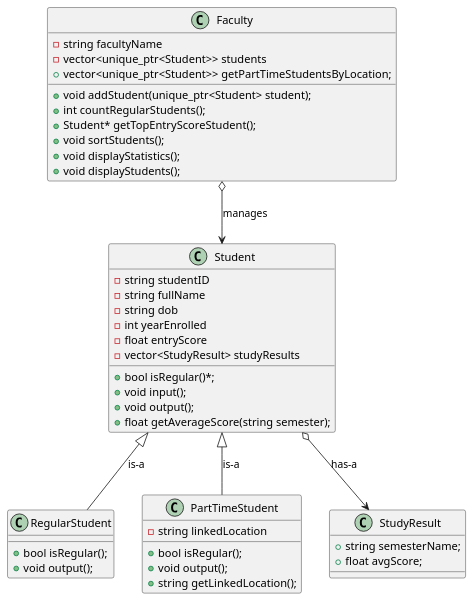
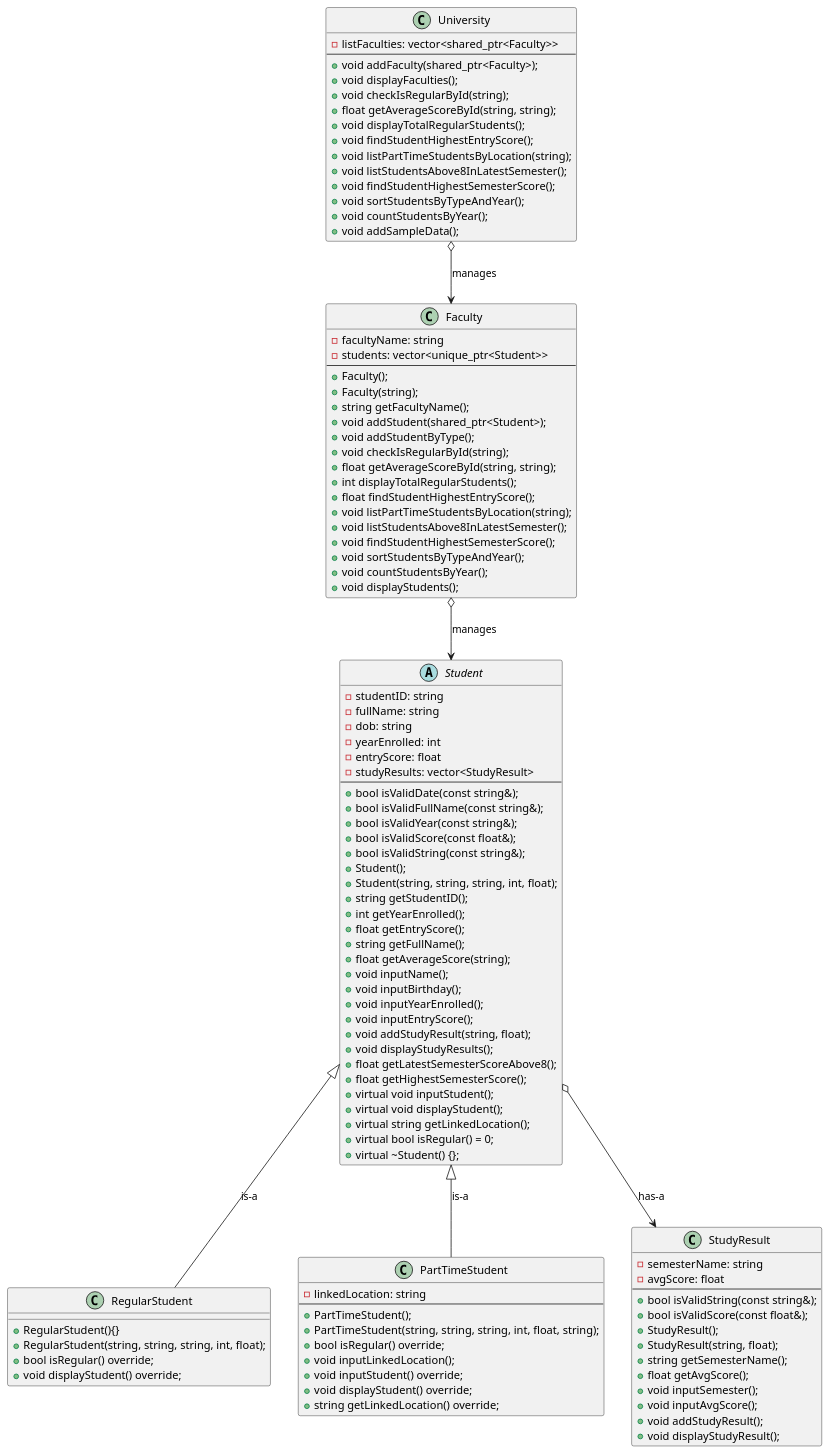
The diagram in .Assigment/OOP/ex15/diagram/diagram.wsd (baobluebird/Basic-C-Cplusplus), drawn with PlantUML before and after one commit.

```diff
--- a/.Assigment/OOP/ex15/diagram/diagram.wsd
+++ b/.Assigment/OOP/ex15/diagram/diagram.wsd
@@ -1,49 +1,116 @@
 @startuml
 
-class Student {
-    - string studentID
-    - string fullName
-    - string dob
-    - int yearEnrolled
-    - float entryScore
-    - vector<StudyResult> studyResults
-    + bool isRegular()*;
-    + void input();
-    + void output();
-    + float getAverageScore(string semester);
+abstract class Student {
+    - studentID: string 
+    - fullName: string 
+    - dob: string 
+    - yearEnrolled: int 
+    - entryScore: float 
+    - studyResults: vector<StudyResult> 
+    --
+    + bool isValidDate(const string&);
+    + bool isValidFullName(const string&);
+    + bool isValidYear(const string&);
+    + bool isValidScore(const float&);
+    + bool isValidString(const string&);
+    + Student();
+    + Student(string, string, string, int, float);
+    + string getStudentID();
+    + int getYearEnrolled();
+    + float getEntryScore();
+    + string getFullName();
+    + float getAverageScore(string);
+    + void inputName();
+    + void inputBirthday();
+    + void inputYearEnrolled();
+    + void inputEntryScore();
+    + void addStudyResult(string, float);
+    + void displayStudyResults();
+    + float getLatestSemesterScoreAbove8();
+    + float getHighestSemesterScore();
+    + virtual void inputStudent();
+    + virtual void displayStudent();
+    + virtual string getLinkedLocation();
+    + virtual bool isRegular() = 0;
+    + virtual ~Student() {};
 }
 
 class RegularStudent {
-    + bool isRegular();
-    + void output();
+    + RegularStudent(){}
+    + RegularStudent(string, string, string, int, float);
+    + bool isRegular() override;
+    + void displayStudent() override;
 }
 
 class PartTimeStudent {
-    - string linkedLocation
-    + bool isRegular();
-    + void output();
-    + string getLinkedLocation();
+    - linkedLocation: string 
+    --
+    + PartTimeStudent();
+    + PartTimeStudent(string, string, string, int, float, string);
+    + bool isRegular() override;
+    + void inputLinkedLocation();
+    + void inputStudent() override;
+    + void displayStudent() override;
+    + string getLinkedLocation() override;
 }
 
 class StudyResult {
-    + string semesterName;
-    + float avgScore;
+    - semesterName: string
+    - avgScore: float
+    --
+    + bool isValidString(const string&);
+    + bool isValidScore(const float&);
+    + StudyResult();
+    + StudyResult(string, float);
+    + string getSemesterName();
+    + float getAvgScore();
+    + void inputSemester();
+    + void inputAvgScore();
+    + void addStudyResult();
+    + void displayStudyResult();
 }
 
 class Faculty {
-    - string facultyName
-    - vector<unique_ptr<Student>> students
-    + void addStudent(unique_ptr<Student> student);
-    + int countRegularStudents();
-    + Student* getTopEntryScoreStudent();
-    + vector<unique_ptr<Student>> getPartTimeStudentsByLocation;
-    + void sortStudents();
-    + void displayStatistics();
+    - facultyName: string 
+    - students: vector<unique_ptr<Student>> 
+    --
+    + Faculty();
+    + Faculty(string);
+    + string getFacultyName();
+    + void addStudent(shared_ptr<Student>);
+    + void addStudentByType();
+    + void checkIsRegularById(string);
+    + float getAverageScoreById(string, string);
+    + int displayTotalRegularStudents();
+    + float findStudentHighestEntryScore();
+    + void listPartTimeStudentsByLocation(string);
+    + void listStudentsAbove8InLatestSemester();
+    + void findStudentHighestSemesterScore();
+    + void sortStudentsByTypeAndYear();
+    + void countStudentsByYear();
     + void displayStudents();
+}
+
+class University{
+    - listFaculties: vector<shared_ptr<Faculty>>
+    --
+    + void addFaculty(shared_ptr<Faculty>);
+    + void displayFaculties();
+    + void checkIsRegularById(string);
+    + float getAverageScoreById(string, string);
+    + void displayTotalRegularStudents();
+    + void findStudentHighestEntryScore();
+    + void listPartTimeStudentsByLocation(string);
+    + void listStudentsAbove8InLatestSemester();
+    + void findStudentHighestSemesterScore();
+    + void sortStudentsByTypeAndYear();
+    + void countStudentsByYear();
+    + void addSampleData();
 }
 
 Student <|-- RegularStudent : is-a
 Student <|-- PartTimeStudent : is-a
 Student o--> StudyResult : has-a
 Faculty o--> Student : manages
+University o--> Faculty : manages
 @enduml
```
